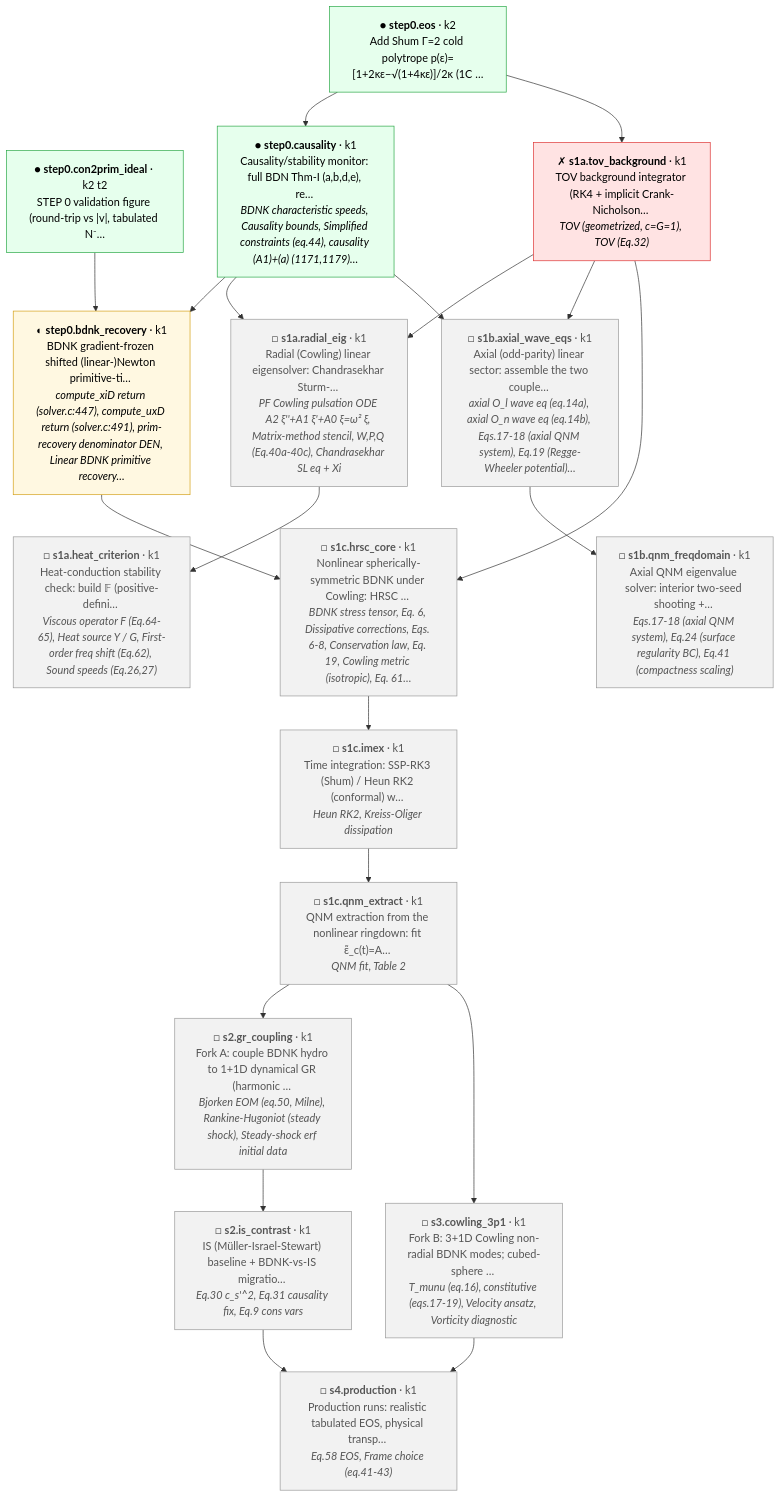
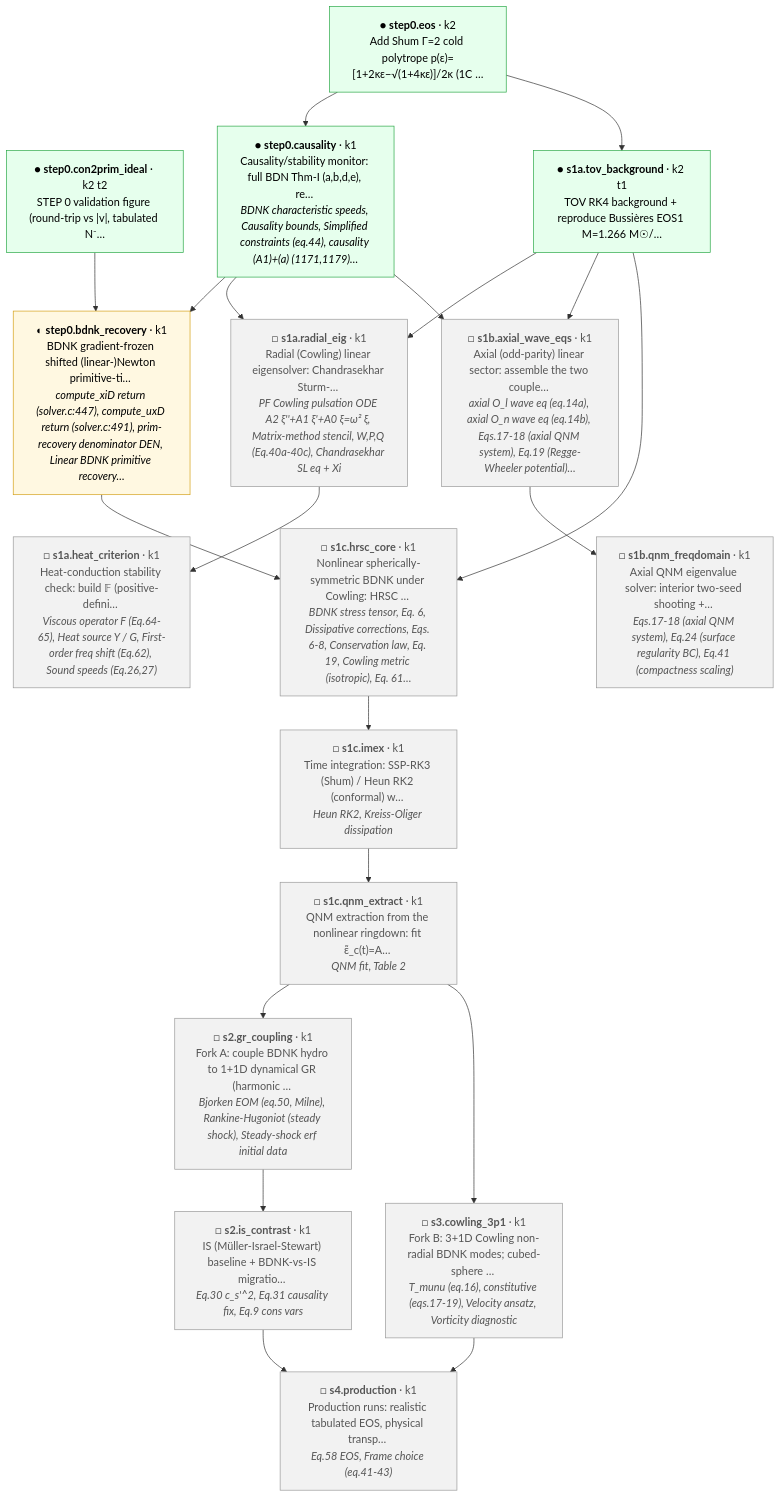
One commit to FoAKTEE/BDNK changed the diagram in progress/dag/project_dag.md. Above: the diagram before and after it, drawn with Mermaid. The commit also changed 10 other files, not shown here.

First line of the commit message:
feat(tov): reproduce Bussières EOS1 mass-radius (M=1.27 M☉, R=8.86 km)

````diff
--- a/progress/dag/project_dag.md
+++ b/progress/dag/project_dag.md
@@ -5,44 +5,44 @@
 ```mermaid
 flowchart TD
   n_step0_eos["● <b>step0.eos</b> · k2<br/>Add Shum Γ=2 cold polytrope p(ε)=[1+2κε−√(1+4κε)]/2κ (1C …"]:::solid
   n_step0_con2prim_ideal["● <b>step0.con2prim_ideal</b> · k2 t2<br/>STEP 0 validation figure (round-trip vs |v|, tabulated N⁻…"]:::solid
   n_step0_causality["● <b>step0.causality</b> · k1<br/>Causality/stability monitor: full BDN Thm-I (a,b,d,e), re… <br/><i>BDNK characteristic speeds, Causality bounds, Simplified constraints (eq.44), causality (A1)+(a) (1171,1179)…</i>"]:::solid
   n_step0_bdnk_recovery["◐ <b>step0.bdnk_recovery</b> · k1<br/>BDNK gradient-frozen shifted (linear-)Newton primitive-ti… <br/><i>compute_xiD return (solver.c:447), compute_uxD return (solver.c:491), prim-recovery denominator DEN, Linear BDNK primitive recovery…</i>"]:::preliminary
-  n_s1a_tov_background["✗ <b>s1a.tov_background</b> · k1<br/>TOV background integrator (RK4 + implicit Crank-Nicholson… <br/><i>TOV (geometrized, c=G=1), TOV (Eq.32)</i>"]:::blocking
+  n_s1a_tov_background["● <b>s1a.tov_background</b> · k2 t1<br/>TOV RK4 background + reproduce Bussières EOS1 M=1.266 M☉/…"]:::solid
   n_s1a_radial_eig["□ <b>s1a.radial_eig</b> · k1<br/>Radial (Cowling) linear eigensolver: Chandrasekhar Sturm-… <br/><i>PF Cowling pulsation ODE A2 ξ''+A1 ξ'+A0 ξ=ω² ξ, Matrix-method stencil, W,P,Q (Eq.40a-40c), Chandrasekhar SL eq + Xi</i>"]:::future
   n_s1a_heat_criterion["□ <b>s1a.heat_criterion</b> · k1<br/>Heat-conduction stability check: build 𝔽 (positive-defini… <br/><i>Viscous operator F (Eq.64-65), Heat source Y / G, First-order freq shift (Eq.62), Sound speeds (Eq.26,27)</i>"]:::future
   n_s1b_axial_wave_eqs["□ <b>s1b.axial_wave_eqs</b> · k1<br/>Axial (odd-parity) linear sector: assemble the two couple… <br/><i>axial O_l wave eq (eq.14a), axial O_n wave eq (eq.14b), Eqs.17-18 (axial QNM system), Eq.19 (Regge-Wheeler potential)…</i>"]:::future
   n_s1b_qnm_freqdomain["□ <b>s1b.qnm_freqdomain</b> · k1<br/>Axial QNM eigenvalue solver: interior two-seed shooting +… <br/><i>Eqs.17-18 (axial QNM system), Eq.24 (surface regularity BC), Eq.41 (compactness scaling)</i>"]:::future
   n_s1c_hrsc_core["□ <b>s1c.hrsc_core</b> · k1<br/>Nonlinear spherically-symmetric BDNK under Cowling: HRSC … <br/><i>BDNK stress tensor, Eq. 6, Dissipative corrections, Eqs. 6-8, Conservation law, Eq. 19, Cowling metric (isotropic), Eq. 61…</i>"]:::future
   n_s1c_imex["□ <b>s1c.imex</b> · k1<br/>Time integration: SSP-RK3 (Shum) / Heun RK2 (conformal) w… <br/><i>Heun RK2, Kreiss-Oliger dissipation</i>"]:::future
   n_s1c_qnm_extract["□ <b>s1c.qnm_extract</b> · k1<br/>QNM extraction from the nonlinear ringdown: fit ε̃_c(t)=A… <br/><i>QNM fit, Table 2</i>"]:::future
   n_s2_gr_coupling["□ <b>s2.gr_coupling</b> · k1<br/>Fork A: couple BDNK hydro to 1+1D dynamical GR (harmonic … <br/><i>Bjorken EOM (eq.50, Milne), Rankine-Hugoniot (steady shock), Steady-shock erf initial data</i>"]:::future
   n_s2_is_contrast["□ <b>s2.is_contrast</b> · k1<br/>IS (Müller-Israel-Stewart) baseline + BDNK-vs-IS migratio… <br/><i>Eq.30 c_s'^2, Eq.31 causality fix, Eq.9 cons vars</i>"]:::future
   n_s3_cowling_3p1["□ <b>s3.cowling_3p1</b> · k1<br/>Fork B: 3+1D Cowling non-radial BDNK modes; cubed-sphere … <br/><i>T_munu (eq.16), constitutive (eqs.17-19), Velocity ansatz, Vorticity diagnostic</i>"]:::future
   n_s4_production["□ <b>s4.production</b> · k1<br/>Production runs: realistic tabulated EOS, physical transp… <br/><i>Eq.58 EOS, Frame choice (eq.41-43)</i>"]:::future
   n_step0_eos --> n_step0_causality
   n_step0_con2prim_ideal --> n_step0_bdnk_recovery
   n_step0_causality --> n_step0_bdnk_recovery
   n_step0_eos --> n_s1a_tov_background
   n_s1a_tov_background --> n_s1a_radial_eig
   n_step0_causality --> n_s1a_radial_eig
   n_s1a_radial_eig --> n_s1a_heat_criterion
   n_s1a_tov_background --> n_s1b_axial_wave_eqs
   n_step0_causality --> n_s1b_axial_wave_eqs
   n_s1b_axial_wave_eqs --> n_s1b_qnm_freqdomain
   n_step0_bdnk_recovery --> n_s1c_hrsc_core
   n_s1a_tov_background --> n_s1c_hrsc_core
   n_s1c_hrsc_core --> n_s1c_imex
   n_s1c_imex --> n_s1c_qnm_extract
   n_s1c_qnm_extract --> n_s2_gr_coupling
   n_s2_gr_coupling --> n_s2_is_contrast
   n_s1c_qnm_extract --> n_s3_cowling_3p1
   n_s2_is_contrast --> n_s4_production
   n_s3_cowling_3p1 --> n_s4_production
   classDef solid fill:#e6ffed,stroke:#28a745,color:#000;
   classDef preliminary fill:#fff8e1,stroke:#d4a017,color:#000;
   classDef hypothesis fill:#e7f0ff,stroke:#4977c7,color:#000;
   classDef blocking fill:#ffe3e3,stroke:#d33,color:#000;
   classDef future fill:#f2f2f2,stroke:#999,color:#555;
   classDef amended fill:#f0f0f0,stroke:#aaa,color:#888;
 ```
````
